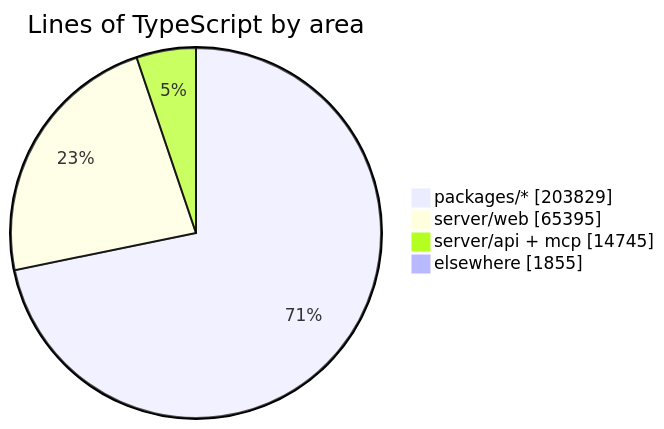
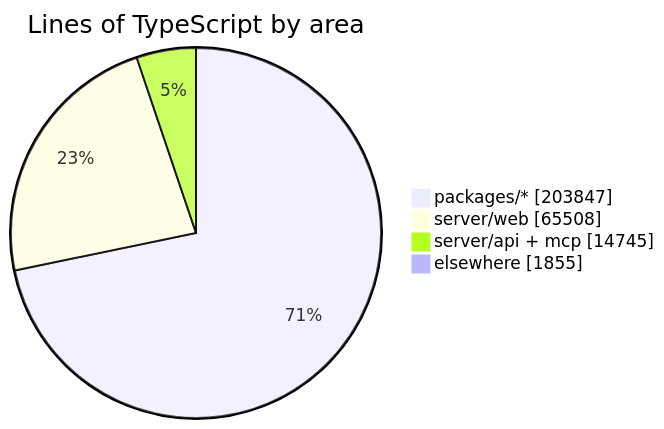
The diagram in README.md (crossworks-engineering/mantle), drawn with Mermaid before and after one commit. The commit also changed other lines of this file and 2 other files, not shown here.

````diff
--- a/README.md
+++ b/README.md
@@ -287,7 +287,7 @@
 ```mermaid
 pie showData title Lines of TypeScript by area
-    "packages/*" : 203829
-    "server/web" : 65395
+    "packages/*" : 203847
+    "server/web" : 65508
     "server/api + mcp" : 14745
     "elsewhere" : 1855
 ```
````
